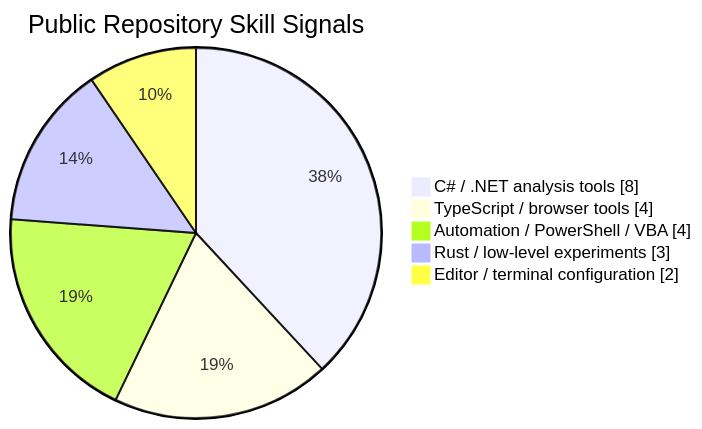
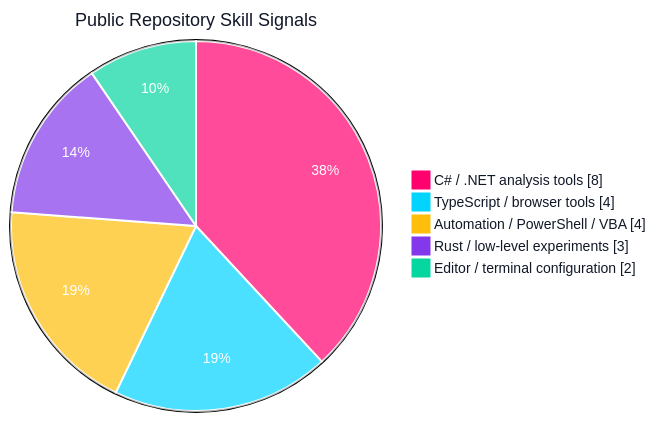
The first of 4 diagrams in README.md (SSsan-00/SSsan-00), drawn with Mermaid before and after one commit. The commit also changed other lines of this file, not shown here.

Commit message:
Brighten profile chart colors

````diff
--- a/README.md
+++ b/README.md
@@ -32,9 +32,10 @@
 ```mermaid
+%%{init: {"theme": "base", "themeVariables": {"pie1": "#ff006e", "pie2": "#00d4ff", "pie3": "#ffbe0b", "pie4": "#8338ec", "pie5": "#06d6a0", "pieStrokeColor": "#ffffff", "pieStrokeWidth": "2px", "pieOuterStrokeWidth": "2px", "pieTitleTextColor": "#111827", "pieTitleTextSize": "18px", "pieLegendTextColor": "#111827", "pieLegendTextSize": "14px", "pieSectionTextColor": "#ffffff", "pieSectionTextSize": "14px"}}}%%
 pie showData
   title Public Repository Skill Signals
   "C# / .NET analysis tools" : 8
   "TypeScript / browser tools" : 4
   "Automation / PowerShell / VBA" : 4
   "Rust / low-level experiments" : 3
   "Editor / terminal configuration" : 2
 ```
````
